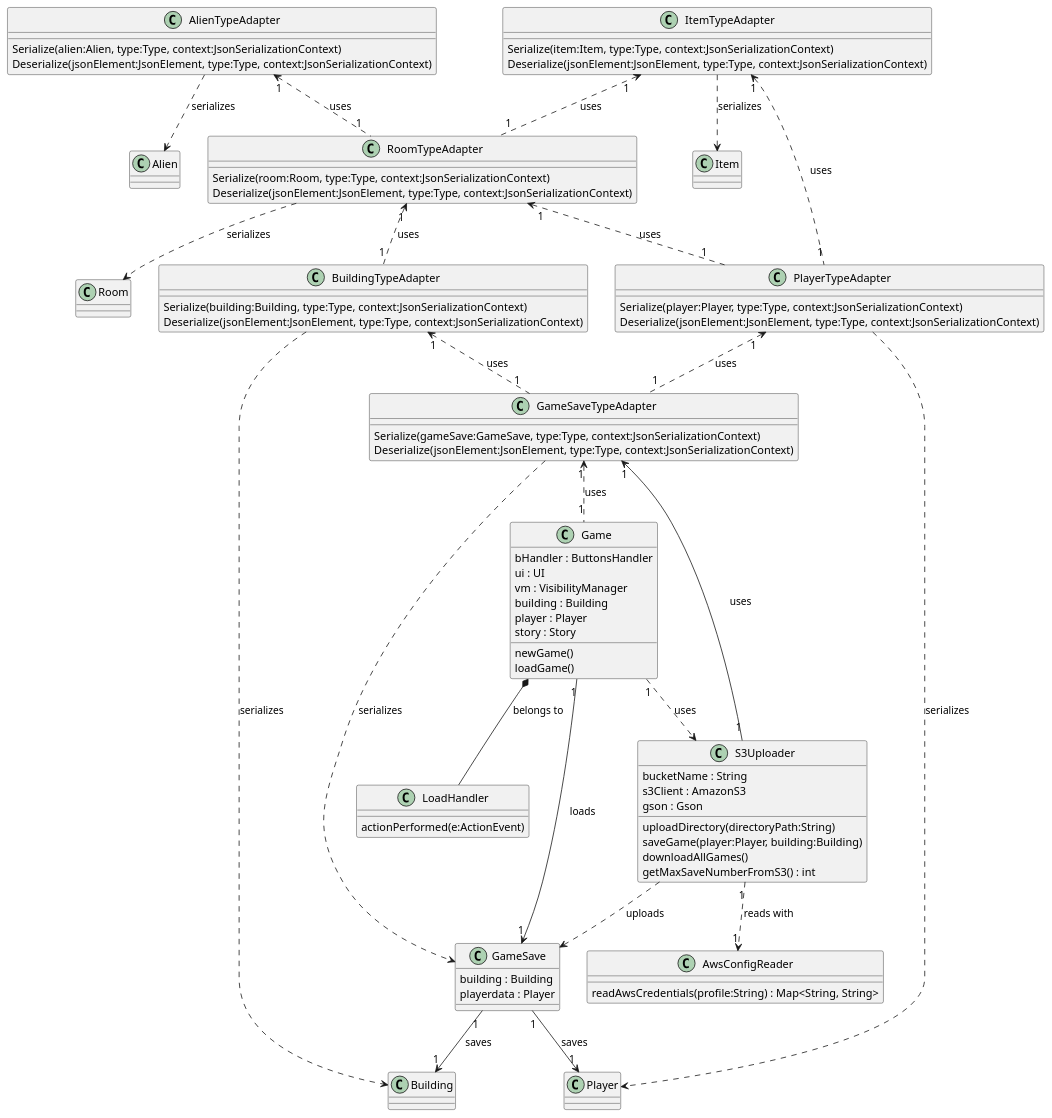
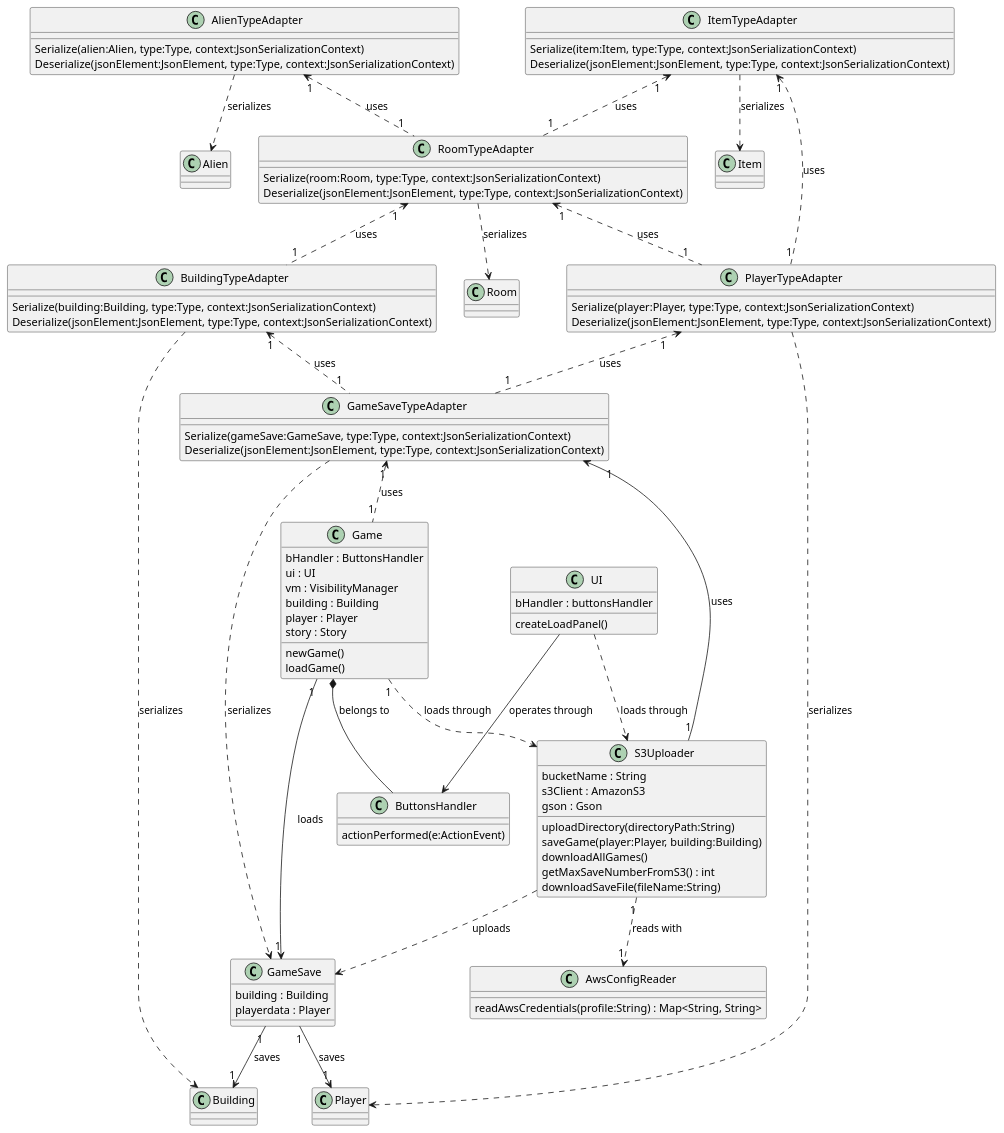
The diagram in src/main/java/com/extraction/uml/uml diagrams/Design-Class-Model-Upload.puml (EDIDS/EDIDS_Proj), drawn with PlantUML before and after one commit. The commit also changed other lines of this file and 2 other files, not shown here.

Commit message:
Almost finished diagrams.

```diff
--- a/src/main/java/com/extraction/uml/uml diagrams/Design-Class-Model-Upload.puml
+++ b/src/main/java/com/extraction/uml/uml diagrams/Design-Class-Model-Upload.puml
@@ -1,94 +3,103 @@
 @startuml
 'https://plantuml.com/class-diagram
 
 class Game {
     bHandler : ButtonsHandler
     ui : UI
     vm : VisibilityManager
     building : Building
     player : Player
     story : Story
     newGame()
     loadGame()
 }
 
-class LoadHandler {
+class ButtonsHandler {
     actionPerformed(e:ActionEvent)
+}
+
+class UI {
+    bHandler : buttonsHandler
+    createLoadPanel()
 }
 
 class AlienTypeAdapter {
     Serialize(alien:Alien, type:Type, context:JsonSerializationContext)
     Deserialize(jsonElement:JsonElement, type:Type, context:JsonSerializationContext)
 }
 
 class BuildingTypeAdapter {
     Serialize(building:Building, type:Type, context:JsonSerializationContext)
     Deserialize(jsonElement:JsonElement, type:Type, context:JsonSerializationContext)
 }
 
 class GameSaveTypeAdapter {
     Serialize(gameSave:GameSave, type:Type, context:JsonSerializationContext)
     Deserialize(jsonElement:JsonElement, type:Type, context:JsonSerializationContext)
 }
 
 class ItemTypeAdapter {
     Serialize(item:Item, type:Type, context:JsonSerializationContext)
     Deserialize(jsonElement:JsonElement, type:Type, context:JsonSerializationContext)
 }
 
 class PlayerTypeAdapter {
     Serialize(player:Player, type:Type, context:JsonSerializationContext)
     Deserialize(jsonElement:JsonElement, type:Type, context:JsonSerializationContext)
 }
 
 class RoomTypeAdapter {
     Serialize(room:Room, type:Type, context:JsonSerializationContext)
     Deserialize(jsonElement:JsonElement, type:Type, context:JsonSerializationContext)
 }
 
 class AwsConfigReader {
     readAwsCredentials(profile:String) : Map<String, String>
 }
 
 class GameSave {
     building : Building
     playerdata : Player
 }
 
 class S3Uploader {
     bucketName : String
     s3Client : AmazonS3
     gson : Gson
     uploadDirectory(directoryPath:String)
     saveGame(player:Player, building:Building)
     downloadAllGames()
     getMaxSaveNumberFromS3() : int
+    downloadSaveFile(fileName:String)
 }
+
+UI ..> S3Uploader : loads through
 
 S3Uploader"1" ..> "1"AwsConfigReader : reads with
 S3Uploader ..> GameSave : uploads
 GameSave"1" --> "1"Building : saves
 GameSave"1" --> "1"Player : saves
 
-Game *-- LoadHandler : belongs to
+Game *--ButtonsHandler : belongs to
+UI --> ButtonsHandler : operates through
 Game"1" --> "1"GameSave : loads
-Game"1" ..> S3Uploader : uses
+Game"1" ..> S3Uploader : loads through
 
 AlienTypeAdapter"1" <.. "1"RoomTypeAdapter : uses
 RoomTypeAdapter"1" <.. "1"BuildingTypeAdapter : uses
 RoomTypeAdapter"1" <.. "1"PlayerTypeAdapter : uses
 ItemTypeAdapter"1" <.. "1"RoomTypeAdapter :uses
 ItemTypeAdapter"1" <.. "1"PlayerTypeAdapter : uses
 PlayerTypeAdapter"1" <.. "1"GameSaveTypeAdapter : uses
 BuildingTypeAdapter"1" <.. "1"GameSaveTypeAdapter : uses
 GameSaveTypeAdapter"1" <.. "1"Game : uses
 GameSaveTypeAdapter"1" <-- "1"S3Uploader : uses
 
 AlienTypeAdapter ..> Alien : serializes
 RoomTypeAdapter ..> Room : serializes
 ItemTypeAdapter ..> Item : serializes
 PlayerTypeAdapter ..> Player : serializes
 BuildingTypeAdapter ..> Building : serializes
 GameSaveTypeAdapter ..> GameSave : serializes
 
 @enduml
```
